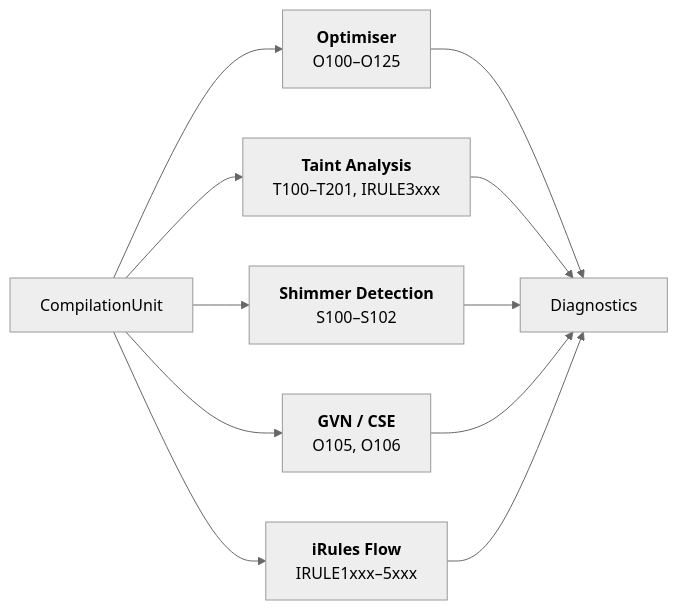
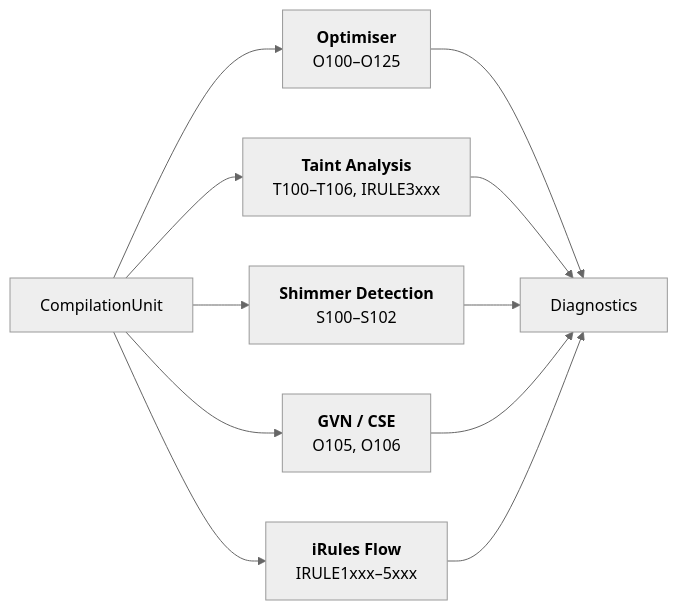
One commit to bitwisecook/tcl-lsp changed diagram 16 of 20 in docs/compiler-architecture.md. Above: the diagram before and after it, drawn with Mermaid (neutral theme). The commit also changed other lines of this file and 26 other files, not shown here.

````diff
--- a/docs/compiler-architecture.md
+++ b/docs/compiler-architecture.md
@@ -571,16 +571,16 @@
 ```mermaid
 flowchart LR
     CU["CompilationUnit"]
 
     CU --> OPT["<b>Optimiser</b><br/>O100–O125"]
-    CU --> TAINT["<b>Taint Analysis</b><br/>T100–T201, IRULE3xxx"]
+    CU --> TAINT["<b>Taint Analysis</b><br/>T100–T106, IRULE3xxx"]
     CU --> SHIM["<b>Shimmer Detection</b><br/>S100–S102"]
     CU --> GVN["<b>GVN / CSE</b><br/>O105, O106"]
     CU --> IFLOW["<b>iRules Flow</b><br/>IRULE1xxx–5xxx"]
 
     OPT --> D["Diagnostics"]
     TAINT --> D
     SHIM --> D
     GVN --> D
     IFLOW --> D
 ```
````
